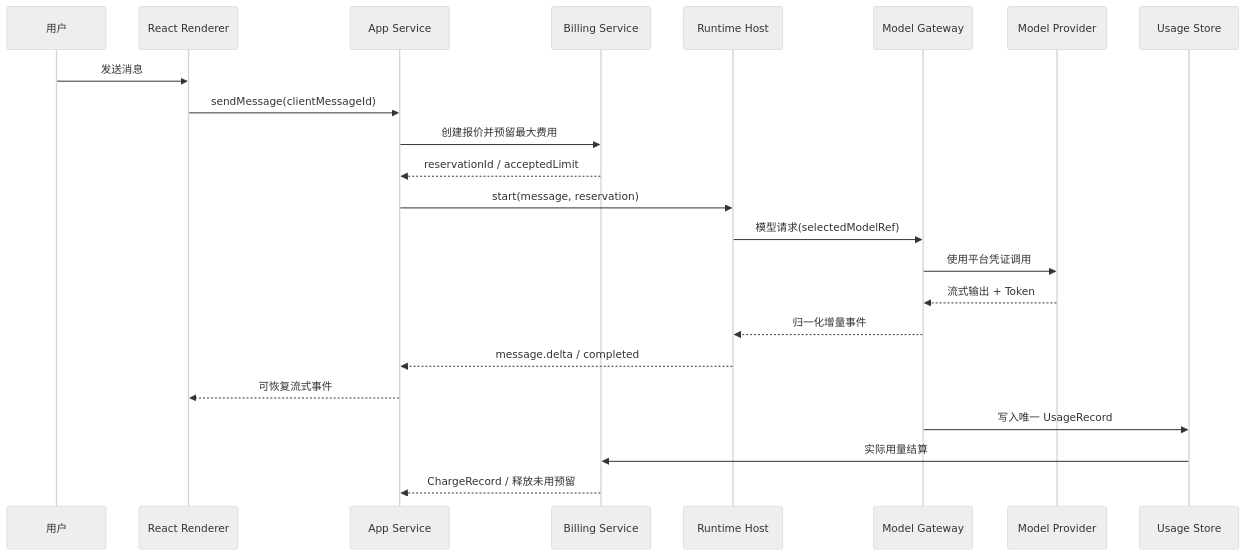
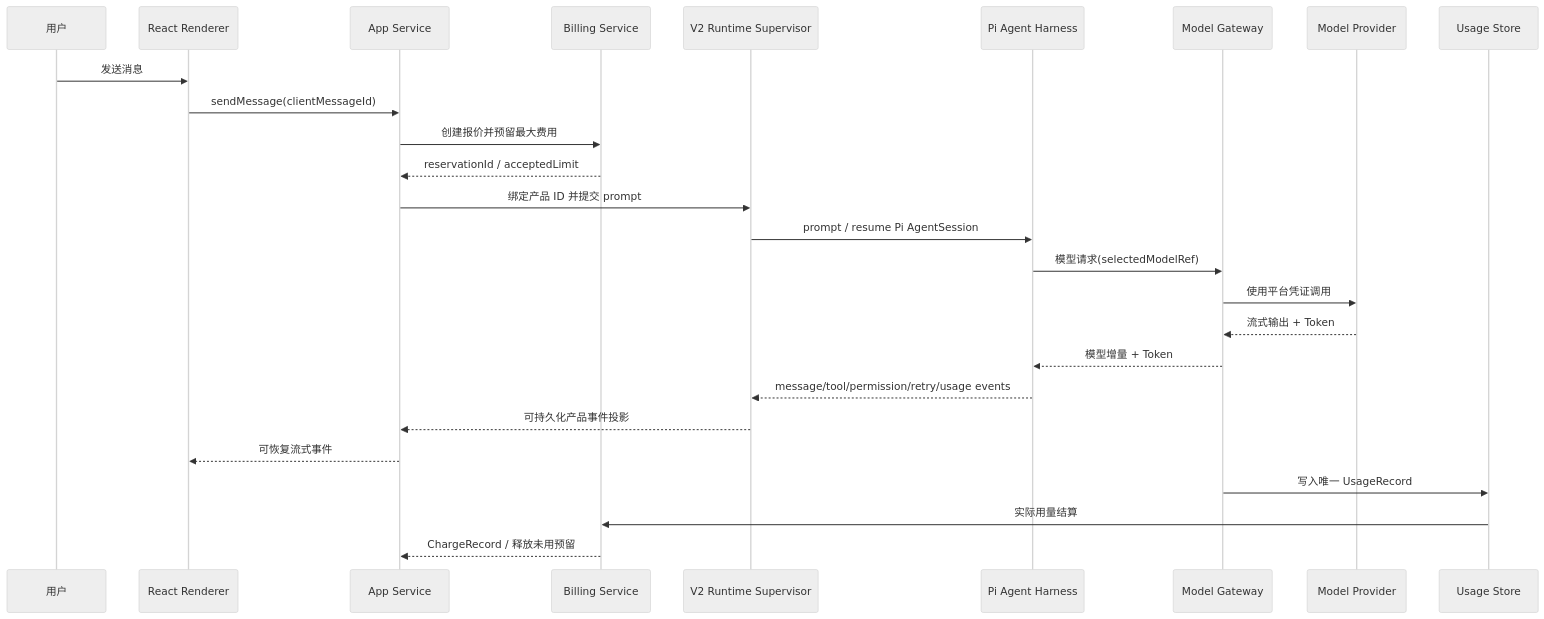
Before and after one commit to openerserver/openerx: the third of 4 diagrams in docs/v2/14-overall-architecture.md, drawn with Mermaid (neutral theme). The commit also changed other lines of this file and 79 other files, not shown here.

````diff
--- a/docs/v2/14-overall-architecture.md
+++ b/docs/v2/14-overall-architecture.md
@@ -119,26 +145,29 @@
 ```mermaid
 sequenceDiagram
   participant U as 用户
   participant UI as React Renderer
   participant APP as App Service
   participant BILL as Billing Service
-  participant RUN as Runtime Host
+  participant SUP as V2 Runtime Supervisor
+  participant PI as Pi Agent Harness
   participant GW as Model Gateway
   participant MODEL as Model Provider
   participant USAGE as Usage Store
 
   U->>UI: 发送消息
   UI->>APP: sendMessage(clientMessageId)
   APP->>BILL: 创建报价并预留最大费用
   BILL-->>APP: reservationId / acceptedLimit
-  APP->>RUN: start(message, reservation)
-  RUN->>GW: 模型请求(selectedModelRef)
+  APP->>SUP: 绑定产品 ID 并提交 prompt
+  SUP->>PI: prompt / resume Pi AgentSession
+  PI->>GW: 模型请求(selectedModelRef)
   GW->>MODEL: 使用平台凭证调用
   MODEL-->>GW: 流式输出 + Token
-  GW-->>RUN: 归一化增量事件
-  RUN-->>APP: message.delta / completed
+  GW-->>PI: 模型增量 + Token
+  PI-->>SUP: message/tool/permission/retry/usage events
+  SUP-->>APP: 可持久化产品事件投影
   APP-->>UI: 可恢复流式事件
   GW->>USAGE: 写入唯一 UsageRecord
   USAGE->>BILL: 实际用量结算
   BILL-->>APP: ChargeRecord / 释放未用预留
 ```
````
